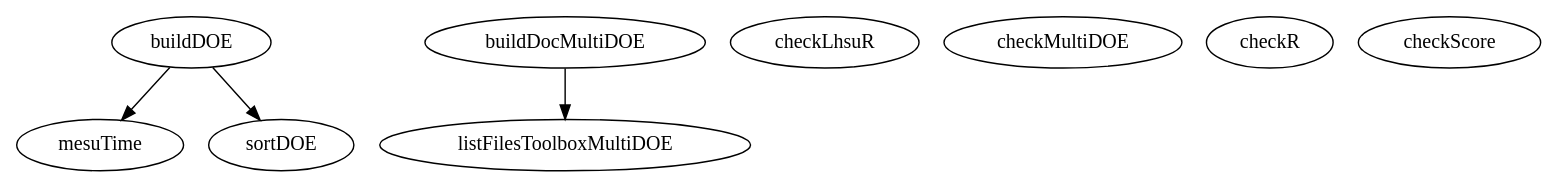
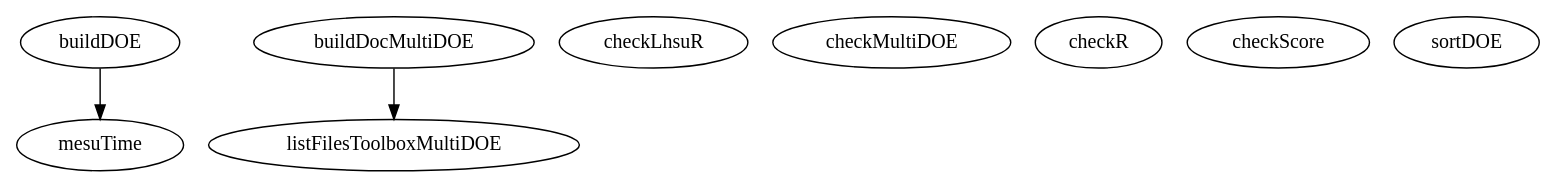
One commit to luclaurent/MultiDOE changed the diagram in doc/MultiDOE/src/various/graph.dot. Above: the diagram before and after it, drawn with Graphviz. The commit also changed 72 other files, not shown here.

```diff
--- a/doc/MultiDOE/src/various/graph.dot
+++ b/doc/MultiDOE/src/various/graph.dot
@@ -1,16 +1,15 @@
 /* Created by mdot for Matlab */
 digraph m2html {
   buildDOE -> mesuTime;
-  buildDOE -> sortDOE;
   buildDocMultiDOE -> listFilesToolboxMultiDOE;
 
   buildDOE [URL="buildDOE.html"];
   buildDocMultiDOE [URL="buildDocMultiDOE.html"];
   checkLhsuR [URL="checkLhsuR.html"];
   checkMultiDOE [URL="checkMultiDOE.html"];
   checkR [URL="checkR.html"];
   checkScore [URL="checkScore.html"];
   listFilesToolboxMultiDOE [URL="listFilesToolboxMultiDOE.html"];
   mesuTime [URL="mesuTime.html"];
   sortDOE [URL="sortDOE.html"];
 }
```
